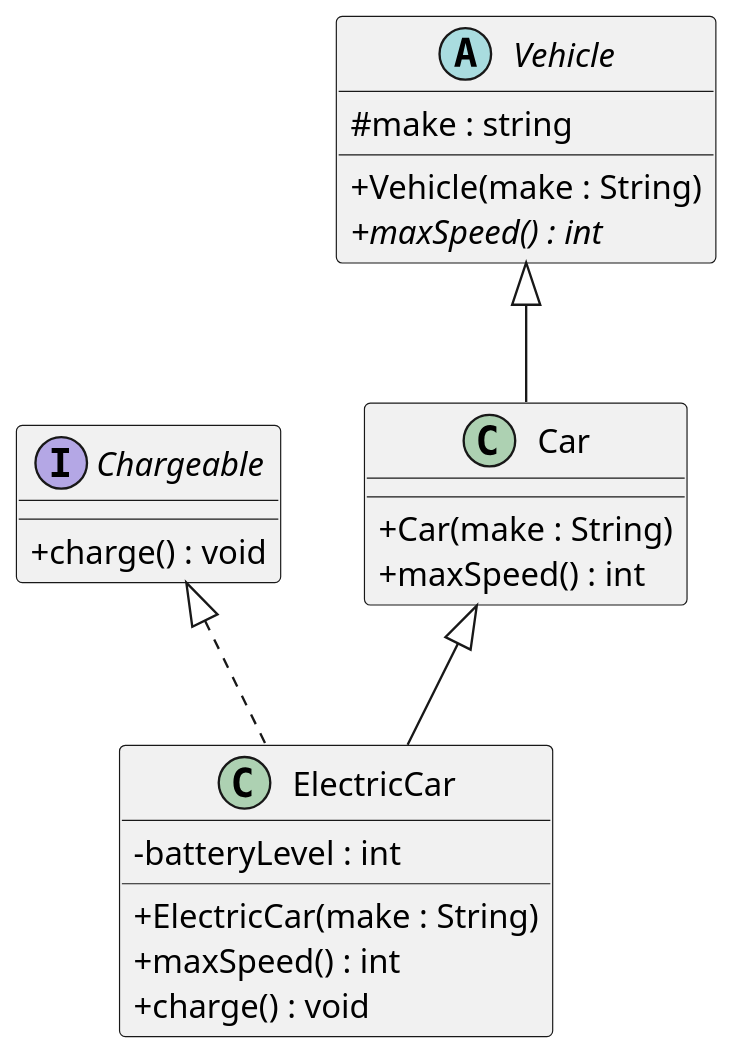
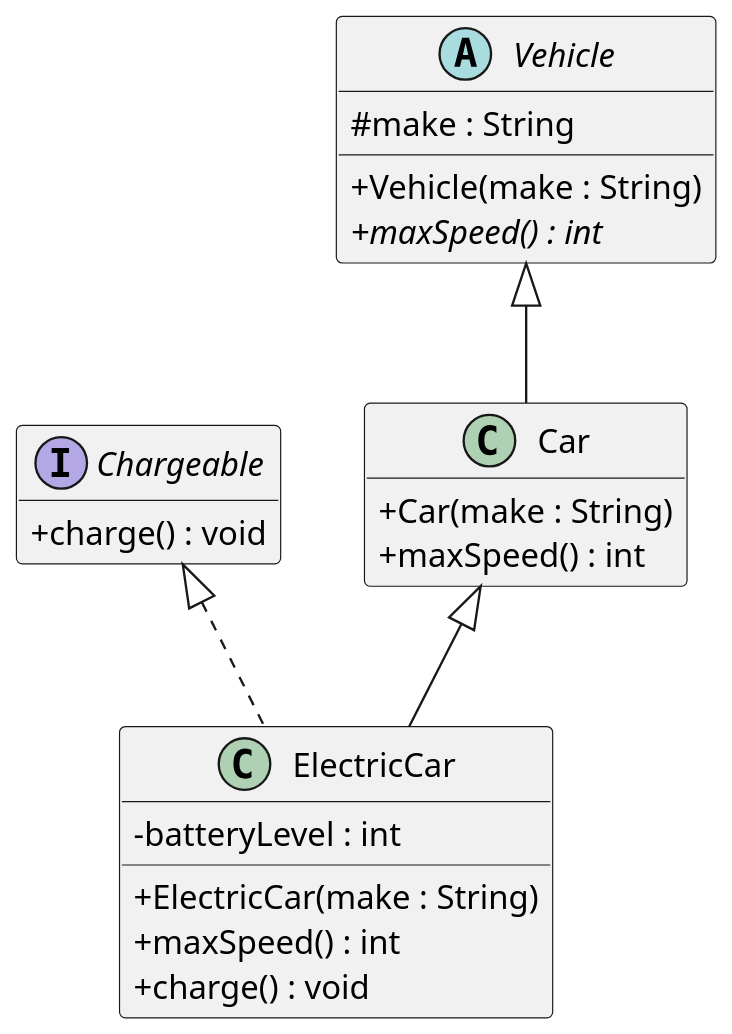
One commit to kymmt07/207-course-notes changed the diagram in plantuml/exercises/vehicles-uml-starter.puml. Above: the diagram before and after it, drawn with PlantUML.

Commit message:
vehicles exercise fix 2

```diff
--- a/plantuml/exercises/vehicles-uml-starter.puml
+++ b/plantuml/exercises/vehicles-uml-starter.puml
@@ -1,51 +1,52 @@
 @startuml
 skinparam dpi 150
 skinparam classAttributeIconSize 0
+hide empty members
 
 
 ' Your task (Chapter 3, Question 2): draw the UML class diagram for the
 ' Vehicle / Car / ElectricCar / Chargeable code.
 '
 ' Define each type as a box, then connect them with the right arrows. One box
 ' (Chargeable) is filled in as an example — complete the other three and add the
 ' relationships.
 '
 ' PlantUML cheat-sheet:
 '   interface Name { + method() : Type }
 '   abstract class Name { # field : Type }
 '   class Name { - field : Type }
 '   Parent    <|-- Child    ' generalization: Child extends Parent
 '   Interface <|.. Class    ' realization:    Class implements Interface
 ' (Putting the parent/interface on the LEFT of the arrow keeps it on top.)
 
 interface Chargeable {
   + charge() : void
 }
 
 ' TODO: add "abstract class Vehicle", "class Car", and "class ElectricCar"
 '       (with their fields and methods), then add the arrows between all four
 '       types.
 abstract class Vehicle {
-    # make : string
+    # make : String
     + Vehicle(make : String)
     + {abstract} maxSpeed() : int
 }
 
 class Car {
     + Car(make : String)
     + maxSpeed() : int
 }
 
 class ElectricCar {
     - batteryLevel : int
     + ElectricCar(make : String)
     + maxSpeed() : int
     + charge() : void
 }
 
 
 Vehicle <|-- Car
 Car <|-- ElectricCar
 Chargeable <|.. ElectricCar
 
 @enduml
```
